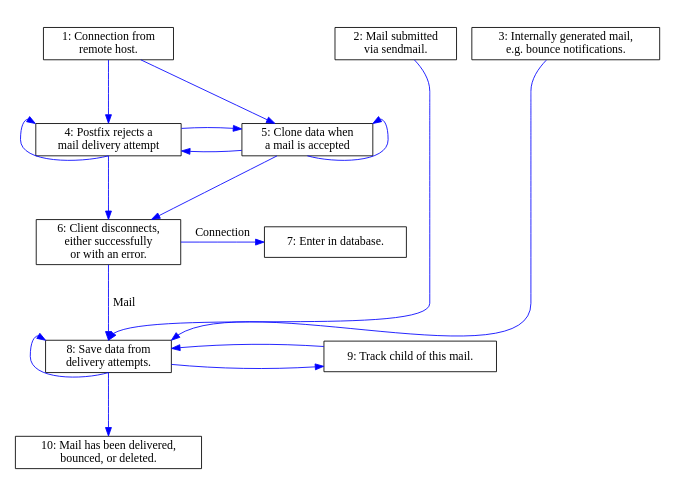
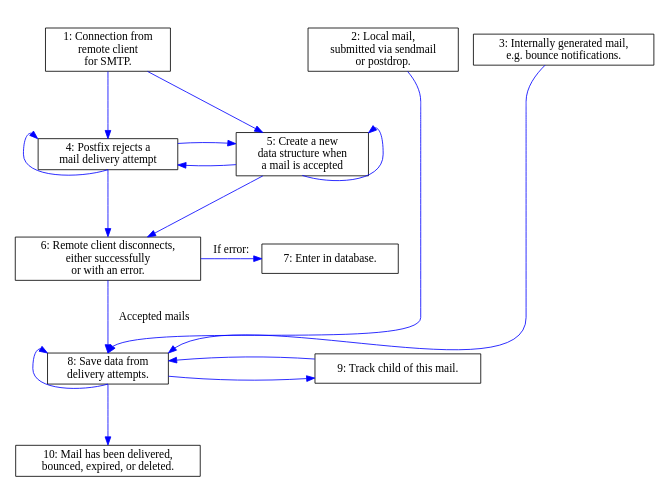
Before and after one commit to tobinjt/ASO: the diagram in doc/logparser-flow-chart-part-1.dot, drawn with Graphviz. The commit also changed 1 other file, not shown here.

Commit message:
Improvements to the flow chart, required by Howard Hamilton.

```diff
--- a/doc/logparser-flow-chart-part-1.dot
+++ b/doc/logparser-flow-chart-part-1.dot
@@ -1,101 +1,101 @@
 /* vim: set textwidth=160 : */
 /* $Id$ */
 
 digraph logparser {
     graph [
         /* This seems to be width, height - but they interact strangely, so 
          * I'm never sure.
          */
         size = "5.4, 8.4"
         margin = "0"
         center = true
     ]
     node [
         shape = box
     ]
     edge [
         color = blue
         fontcolor = black
         minlen = 2
     ]
 
     /* EDGES */
     /* Connect from client */
     connect                         -> { rejection } [weight = 5]
     rejection                       -> { rejection } [dir = back, headport = s, tailport = nw]
     rejection                       -> { disconnect } [weight = 5]
     connect                         -> { clone }
     clone                           -> { clone } [dir = back, headport = s, tailport = ne]
     clone                           -> { disconnect }
     clone                           -> { rejection }
     rejection                       -> { clone }
 
     /* Disconnect without queueid */
-    disconnect                      -> { fixup_enter_in_db_disconnect } [weight = 5, label = "Connection" ]
+    disconnect                      -> { fixup_enter_in_db_disconnect } [weight = 5, label = "If error:" ]
 
     /* Disconnect with queueid */
-    disconnect                      -> { save_by_queueid } [weight = 5, label = " Mail" ]
+    disconnect                      -> { save_by_queueid } [weight = 5, label = " Accepted mails" ]
 
     /* Misc entry */
     qmgr_chooses_mail               -> { save_by_queueid } [headport = ne]
     pickup                          -> { save_by_queueid } [headport = n]
     /* Graph placement */
     connect                         -> { qmgr_chooses_mail } [style = invis, weight = 0]
     connect                         -> { pickup } [style = invis, weight = 0]
 
     /* Save results by queueid */
     save_by_queueid                 -> { track } [minlen = 5]
     track                           -> { save_by_queueid }
     save_by_queueid                 -> { save_by_queueid } [dir = back, headport = s, tailport = nw]
     save_by_queueid                 -> { commit } [weight = 10]
 
     /* NODE LABELS */
     rejection                       [label = "4: Postfix rejects a\nmail delivery attempt"]
-    connect                         [label = "1: Connection from\nremote host."]
-    clone                           [label = "5: Clone data when\na mail is accepted"]
+    connect                         [label = "1: Connection from\nremote client\nfor SMTP."]
+    clone                           [label = "5: Create a new\ndata structure when\na mail is accepted"]
 
     /* Disconnect without queueid */
-    disconnect                      [label = "6: Client disconnects,\neither successfully\nor with an error."]
+    disconnect                      [label = "6: Remote client disconnects,\neither successfully\nor with an error."]
     fixup_enter_in_db_disconnect    [label = "7: Enter in database."]
 
     /* Disconnect with queueid - already covered */
 
     /* Misc entry */
-    pickup                          [label = "2: Mail submitted\nvia sendmail."]
+    pickup                          [label = "2: Local mail,\nsubmitted via sendmail\nor postdrop."]
     qmgr_chooses_mail               [label = "3: Internally generated mail,\ne.g. bounce notifications."]
 
     /* Save results by queueid */
     save_by_queueid                 [label = "8: Save data from\ndelivery attempts."]
     track                           [label = "9: Track child of this mail."]
 
     /* Commit is complicated */
     /* Neither parent nor child. */
-    commit                          [label = "10: Mail has been delivered,\nbounced, or deleted."]
+    commit                          [label = "10: Mail has been delivered,\nbounced, expired, or deleted."]
 
     /* SUB-GRAPHS */
     subgraph sources {
         rank = source
         pickup
         qmgr_chooses_mail
         connect
     }
 
     subgraph clone_or_save {
         rank = same
         clone
         rejection
     }
 
     subgraph disconnect_without_queueid {
         rank = same
         disconnect
         fixup_enter_in_db_disconnect
     }
 
     subgraph save_or_track {
         rank = same
         track
         save_by_queueid
     }
 
 }
```
